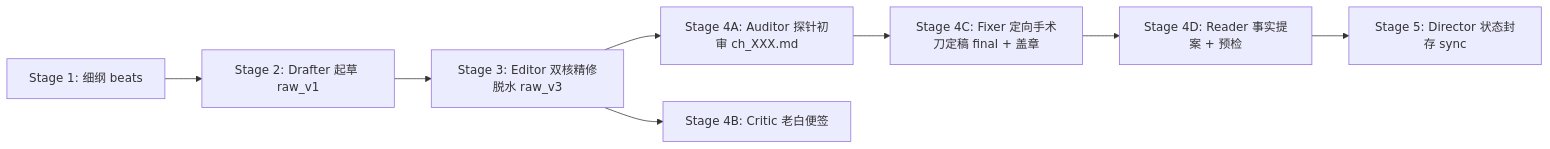
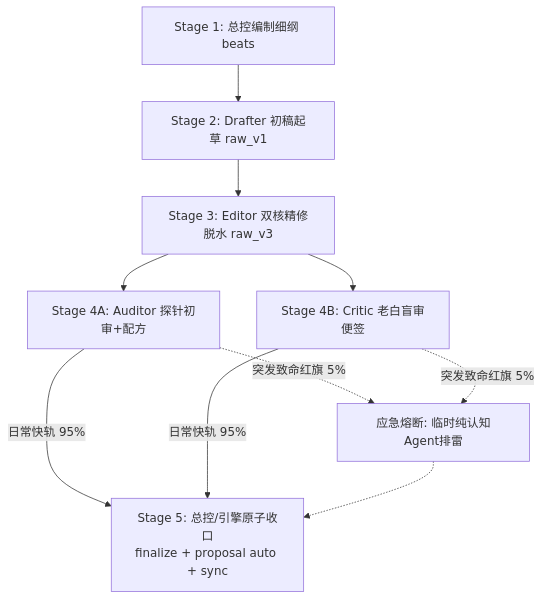
The second of 2 diagrams in .agents/skills/director/SKILL.md (cg110902/NOVEL), drawn with Mermaid before and after one commit. The commit also changed other lines of this file and 28 other files, not shown here.

````diff
--- a/.agents/skills/director/SKILL.md
+++ b/.agents/skills/director/SKILL.md
@@ -181,10 +192,12 @@
 ```mermaid
-graph LR
-    S1[Stage 1: 细纲 beats] --> S2[Stage 2: Drafter 起草 raw_v1]
+graph TD
+    S1[Stage 1: 总控编制细纲 beats] --> S2[Stage 2: Drafter 初稿起草 raw_v1]
     S2 --> S3[Stage 3: Editor 双核精修脱水 raw_v3]
-    S3 --> S4A[Stage 4A: Auditor 探针初审 ch_XXX.md]
-    S3 --> S4B[Stage 4B: Critic 老白便签]
-    S4A --> S4C[Stage 4C: Fixer 定向手术刀定稿 final + 盖章]
-    S4C --> S4D[Stage 4D: Reader 事实提案 + 预检]
-    S4D --> S5[Stage 5: Director 状态封存 sync]
+    S3 --> S4A[Stage 4A: Auditor 探针初审+配方]
+    S3 --> S4B[Stage 4B: Critic 老白盲审便签]
+    S4A -->|日常快轨 95%| S5[Stage 5: 总控/引擎原子收口<br/>finalize + proposal auto + sync]
+    S4B -->|日常快轨 95%| S5
+    S4A -.->|突发致命红旗 5%| SE[应急熔断: 临时纯认知Agent排雷]
+    S4B -.->|突发致命红旗 5%| SE
+    SE -.-> S5
 ```
````
